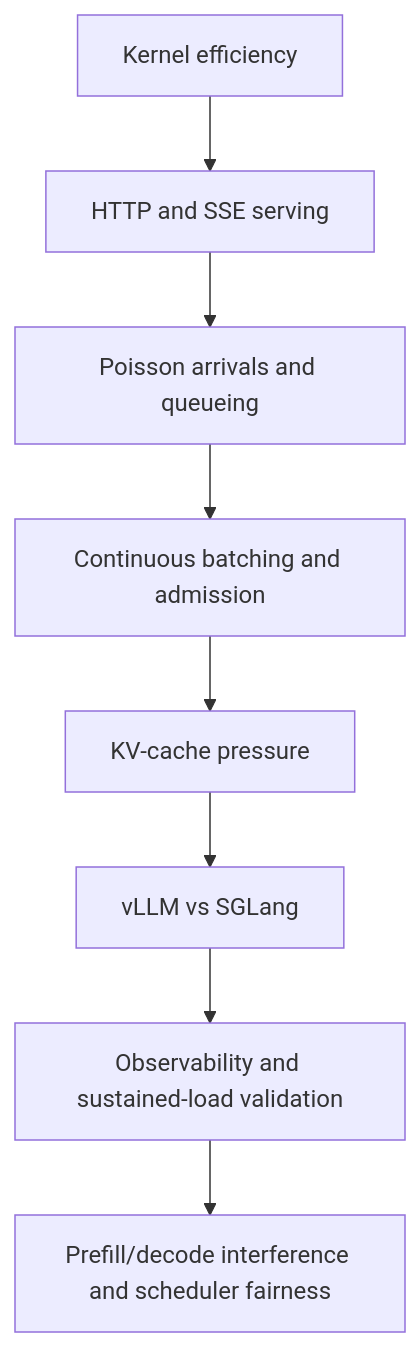
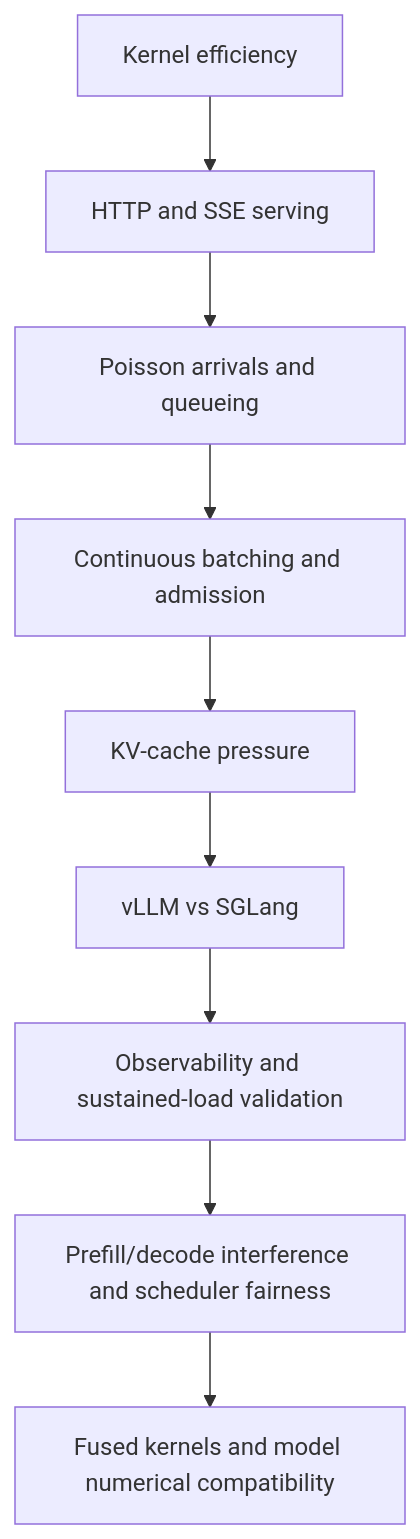
One commit to XianghaoKong/llm-serving-systems-lab changed the first of 2 diagrams in README.md. Above: the diagram before and after it, drawn with Mermaid. The commit also changed other lines of this file and 37 other files, not shown here.

````diff
--- a/README.md
+++ b/README.md
@@ -45,10 +47,11 @@
 ```mermaid
 flowchart TD
     A["Kernel efficiency"] --> B["HTTP and SSE serving"]
     B --> C["Poisson arrivals and queueing"]
     C --> D["Continuous batching and admission"]
     D --> E["KV-cache pressure"]
     E --> F["vLLM vs SGLang"]
     F --> G["Observability and sustained-load validation"]
     G --> H["Prefill/decode interference and scheduler fairness"]
+    H --> I["Fused kernels and model numerical compatibility"]
 ```
````
